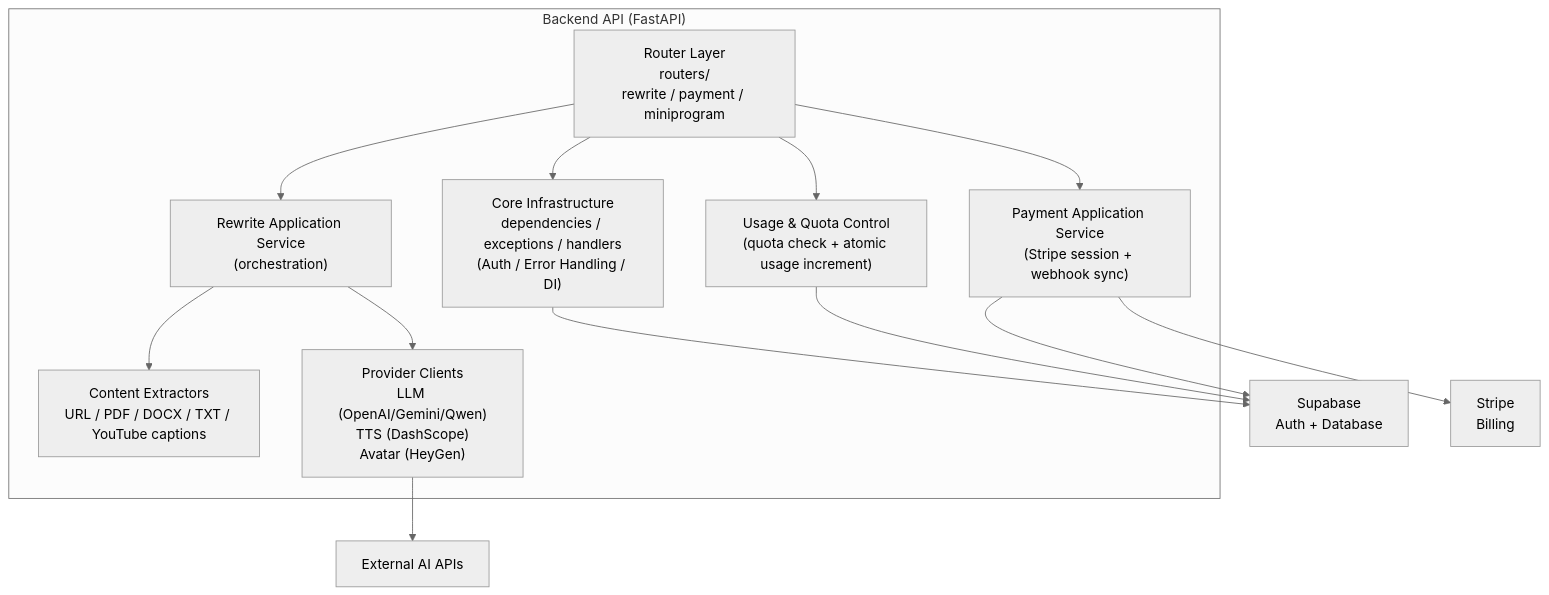
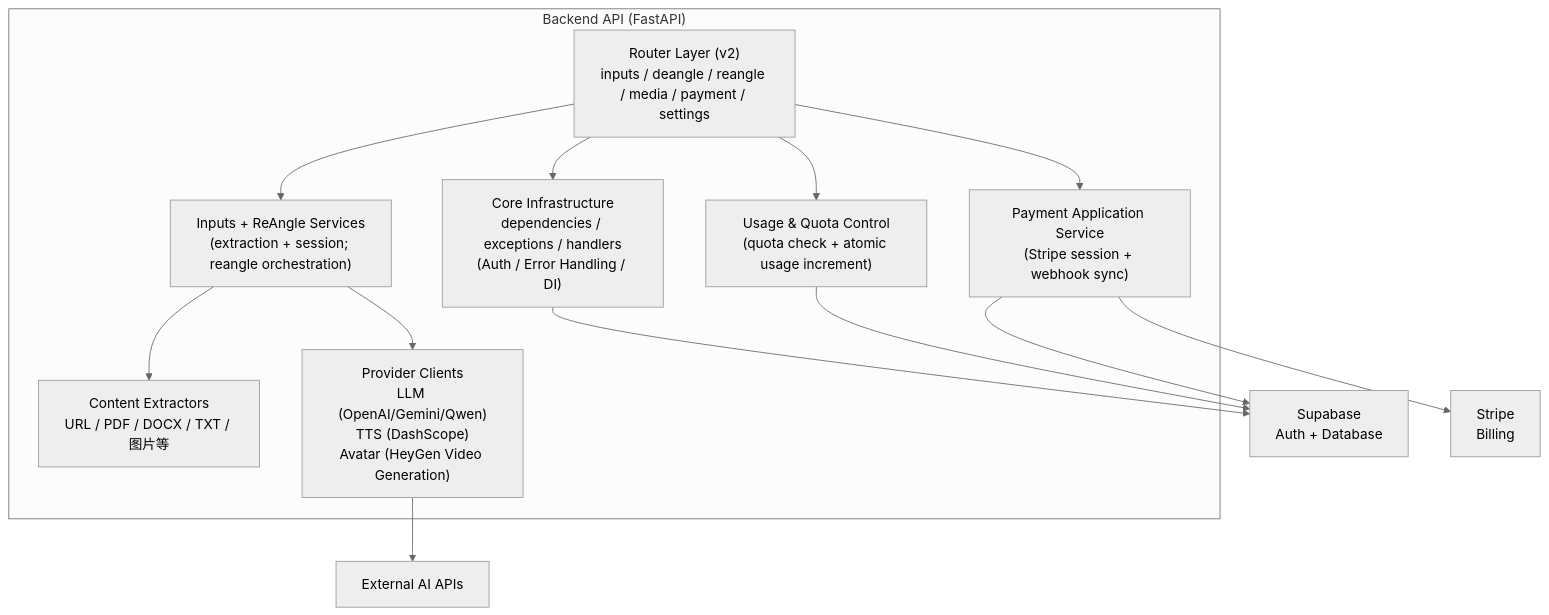
The diagram in docs/diagrams/component.md (birdy-nyquiste/ReAngle), drawn with Mermaid (neutral theme) before and after one commit. The commit also changed 21 other files, not shown here.

````diff
--- a/docs/diagrams/component.md
+++ b/docs/diagrams/component.md
@@ -3,32 +3,32 @@
 ```mermaid
 flowchart TB
   %% C4 L3 - Backend Components (FastAPI)
   subgraph API["Backend API (FastAPI)"]
-    RL["Router Layer<br/>routers/<br/>rewrite / payment / miniprogram"]
+    RL["Router Layer (v2)<br/>inputs / deangle / reangle / media / payment / settings"]
     CORE["Core Infrastructure<br/>dependencies / exceptions / handlers<br/>(Auth / Error Handling / DI)"]
     USAGE["Usage & Quota Control<br/>(quota check + atomic usage increment)"]
-    REWRITE["Rewrite Application Service<br/>(orchestration)"]
-    EXTRACT["Content Extractors<br/>URL / PDF / DOCX / TXT / YouTube captions"]
+    REWRITE["Inputs + ReAngle Services<br/>(extraction + session; reangle orchestration)"]
+    EXTRACT["Content Extractors<br/>URL / PDF / DOCX / TXT / 图片等"]
     PAY["Payment Application Service<br/>(Stripe session + webhook sync)"]
-    PROVIDERS["Provider Clients<br/>LLM (OpenAI/Gemini/Qwen)<br/>TTS (DashScope)<br/>Avatar (HeyGen)"]
+    PROVIDERS["Provider Clients<br/>LLM (OpenAI/Gemini/Qwen)<br/>TTS (DashScope)<br/>Avatar (HeyGen Video Generation)"]
   end
 
   SB["Supabase<br/>Auth + Database"]
   ST["Stripe<br/>Billing"]
   AI["External AI APIs"]
 
   RL --> CORE
   RL --> USAGE
   RL --> REWRITE
   RL --> PAY
 
   CORE --> SB
   USAGE --> SB
 
   REWRITE --> EXTRACT
   REWRITE --> PROVIDERS
   PAY --> ST
   PAY --> SB
 
   PROVIDERS --> AI
 ```
````
